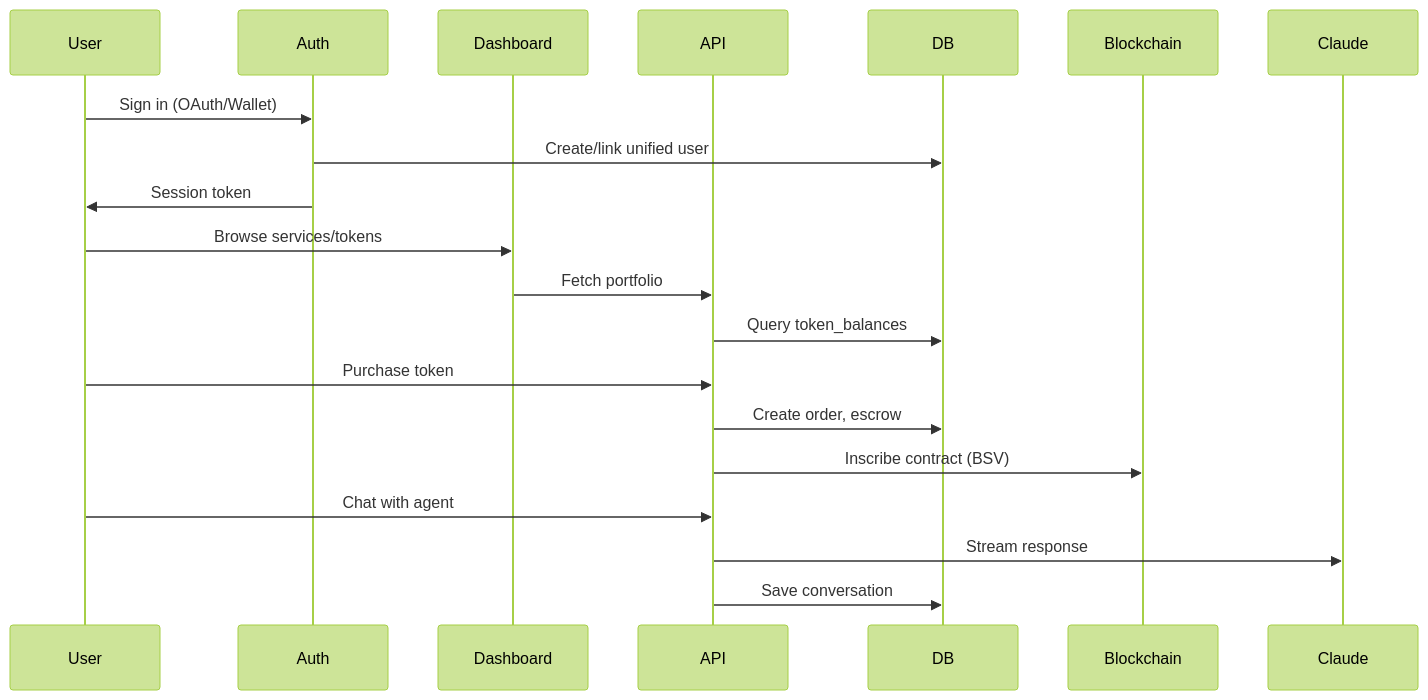
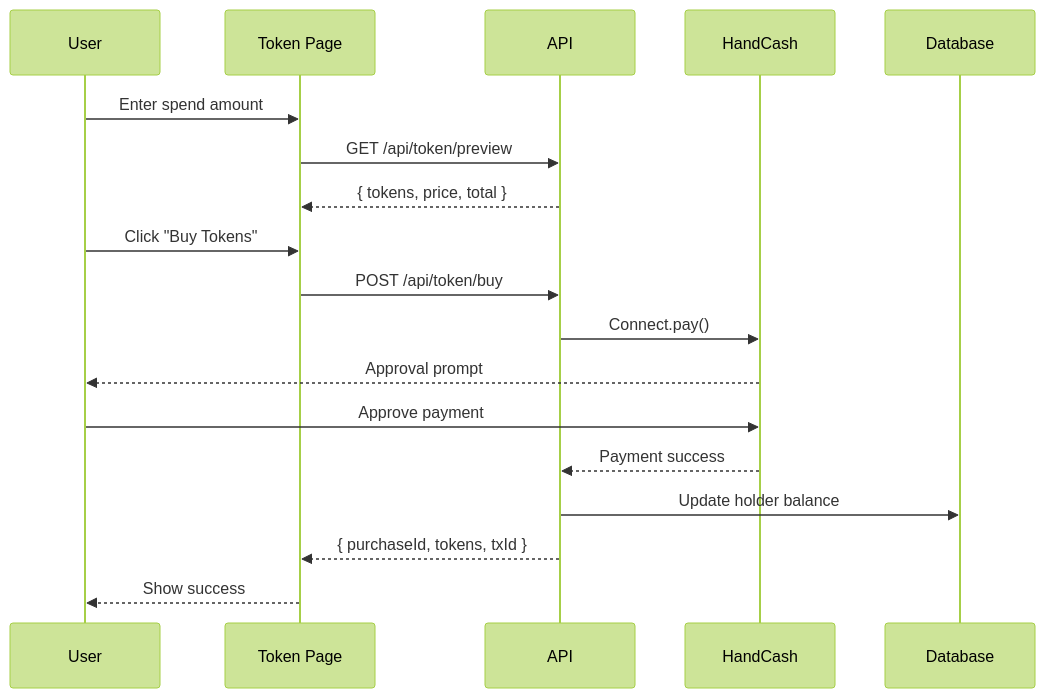
One commit to b0ase/path401-com changed the second of 3 diagrams in docs/CODEBASE_MAP.md. Above: the diagram before and after it, drawn with Mermaid (forest theme). The commit also changed other lines of this file and 152 other files, not shown here.

````diff
--- a/docs/CODEBASE_MAP.md
+++ b/docs/CODEBASE_MAP.md
@@ -404,25 +176,21 @@
 ```mermaid
 sequenceDiagram
     participant User
-    participant Auth
-    participant Dashboard
+    participant Token Page
     participant API
-    participant DB
-    participant Blockchain
+    participant HandCash
+    participant Database
 
-    User->>Auth: Sign in (OAuth/Wallet)
-    Auth->>DB: Create/link unified user
-    Auth->>User: Session token
-
-    User->>Dashboard: Browse services/tokens
-    Dashboard->>API: Fetch portfolio
-    API->>DB: Query token_balances
-
-    User->>API: Purchase token
-    API->>DB: Create order, escrow
-    API->>Blockchain: Inscribe contract (BSV)
-
-    User->>API: Chat with agent
-    API->>Claude: Stream response
-    API->>DB: Save conversation
+    User->>Token Page: Enter spend amount
+    Token Page->>API: GET /api/token/preview
+    API-->>Token Page: { tokens, price, total }
+    User->>Token Page: Click "Buy Tokens"
+    Token Page->>API: POST /api/token/buy
+    API->>HandCash: Connect.pay()
+    HandCash-->>User: Approval prompt
+    User->>HandCash: Approve payment
+    HandCash-->>API: Payment success
+    API->>Database: Update holder balance
+    API-->>Token Page: { purchaseId, tokens, txId }
+    Token Page-->>User: Show success
 ```
````
